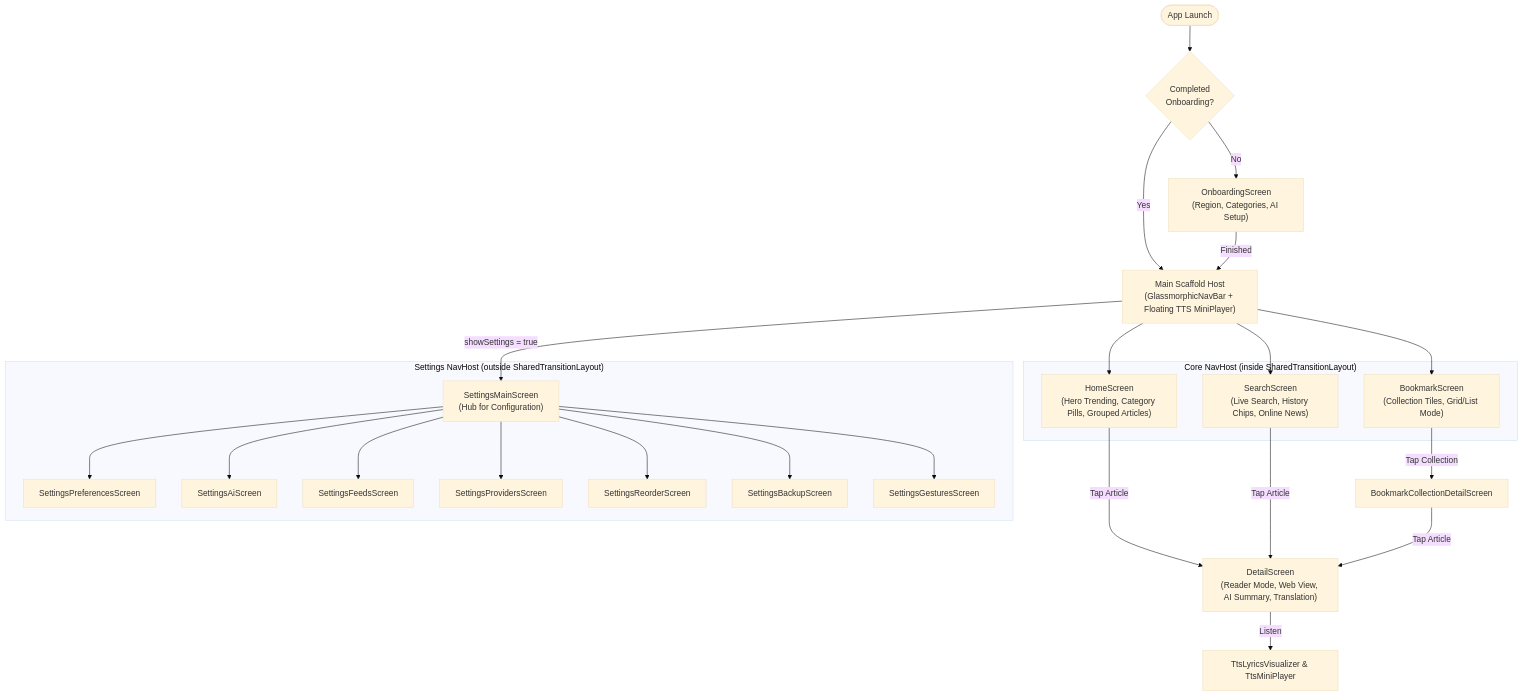
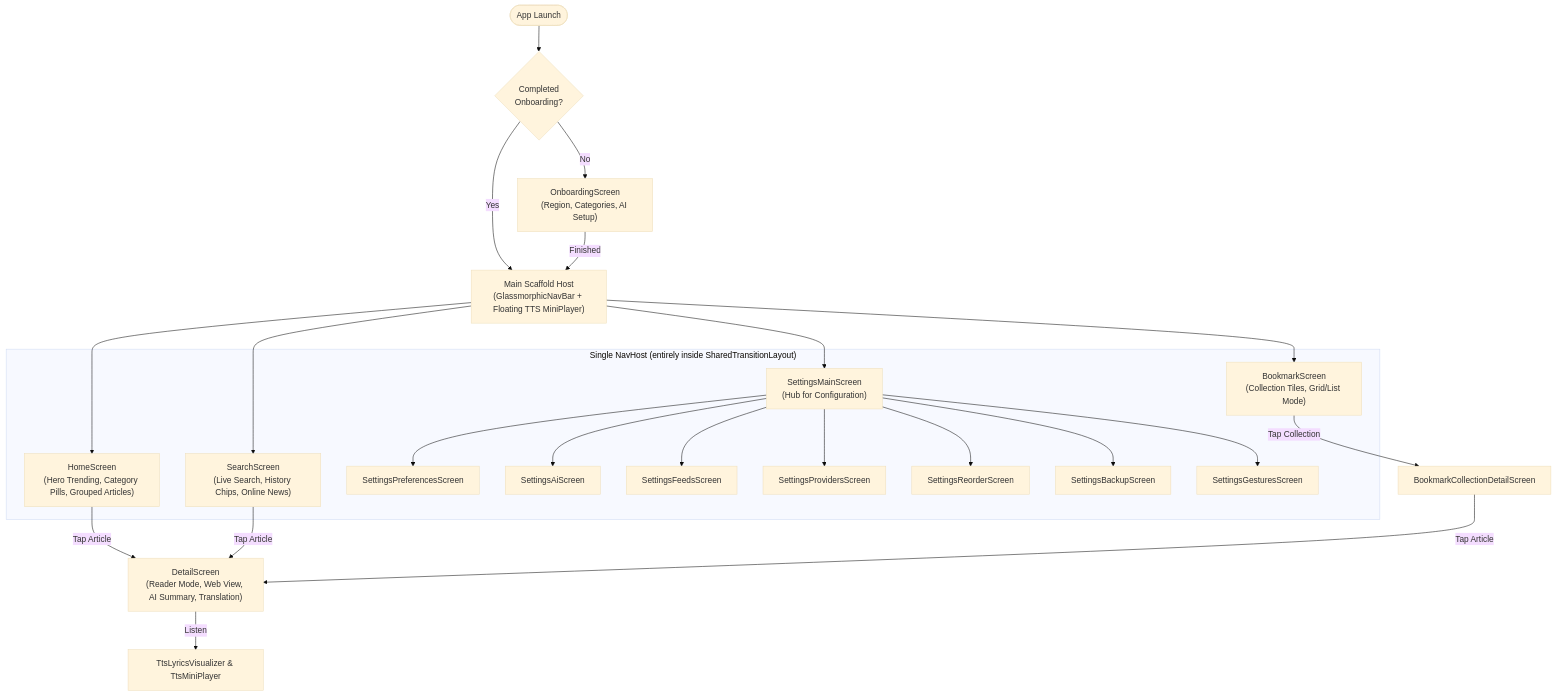
One commit to sm32d/streamfolio changed the diagram in docs/07-frontend-or-client-app.md. Above: the diagram before and after it, drawn with Mermaid (base theme). The commit also changed other lines of this file and 3 other files, not shown here.

First line of the commit message:
Revert Settings NavHost split back to single NavHost

````diff
--- a/docs/07-frontend-or-client-app.md
+++ b/docs/07-frontend-or-client-app.md
@@ -24,39 +24,36 @@
 ```mermaid
 graph TD
     Start([App Launch]) --> OnboardCheck{Completed<br/>Onboarding?}
     OnboardCheck -->|No| OnboardingScreen["OnboardingScreen<br/>(Region, Categories, AI Setup)"]
     OnboardCheck -->|Yes| MainScaffold["Main Scaffold Host<br/>(GlassmorphicNavBar + Floating TTS MiniPlayer)"]
 
     OnboardingScreen -->|Finished| MainScaffold
 
-    subgraph "Core NavHost (inside SharedTransitionLayout)"
+    subgraph "Single NavHost (entirely inside SharedTransitionLayout)"
         HomeScreen["HomeScreen<br/>(Hero Trending, Category Pills, Grouped Articles)"]
         SearchScreen["SearchScreen<br/>(Live Search, History Chips, Online News)"]
         BookmarkScreen["BookmarkScreen<br/>(Collection Tiles, Grid/List Mode)"]
-    end
-
-    MainScaffold --> HomeScreen
-    MainScaffold --> SearchScreen
-    MainScaffold --> BookmarkScreen
-    MainScaffold -->|showSettings = true| SettingsScreen
-
-    HomeScreen -->|Tap Article| DetailScreen["DetailScreen<br/>(Reader Mode, Web View, AI Summary, Translation)"]
-    SearchScreen -->|Tap Article| DetailScreen
-    BookmarkScreen -->|Tap Collection| BookmarkDetailScreen["BookmarkCollectionDetailScreen"]
-    BookmarkDetailScreen -->|Tap Article| DetailScreen
-
-    subgraph "Settings NavHost (outside SharedTransitionLayout)"
         SettingsScreen["SettingsMainScreen<br/>(Hub for Configuration)"]
         SettingsPrefs["SettingsPreferencesScreen"]
         SettingsAi["SettingsAiScreen"]
         SettingsFeeds["SettingsFeedsScreen"]
         SettingsProviders["SettingsProvidersScreen"]
         SettingsReorder["SettingsReorderScreen"]
         SettingsBackup["SettingsBackupScreen"]
         SettingsGestures["SettingsGesturesScreen"]
     end
 
+    MainScaffold --> HomeScreen
+    MainScaffold --> SearchScreen
+    MainScaffold --> BookmarkScreen
+    MainScaffold --> SettingsScreen
+
+    HomeScreen -->|Tap Article| DetailScreen["DetailScreen<br/>(Reader Mode, Web View, AI Summary, Translation)"]
+    SearchScreen -->|Tap Article| DetailScreen
+    BookmarkScreen -->|Tap Collection| BookmarkDetailScreen["BookmarkCollectionDetailScreen"]
+    BookmarkDetailScreen -->|Tap Article| DetailScreen
+
     SettingsScreen --> SettingsPrefs & SettingsAi & SettingsFeeds & SettingsProviders & SettingsReorder & SettingsBackup & SettingsGestures
 
     DetailScreen -->|Listen| TtsPlayer["TtsLyricsVisualizer & TtsMiniPlayer"]
 ```
````
